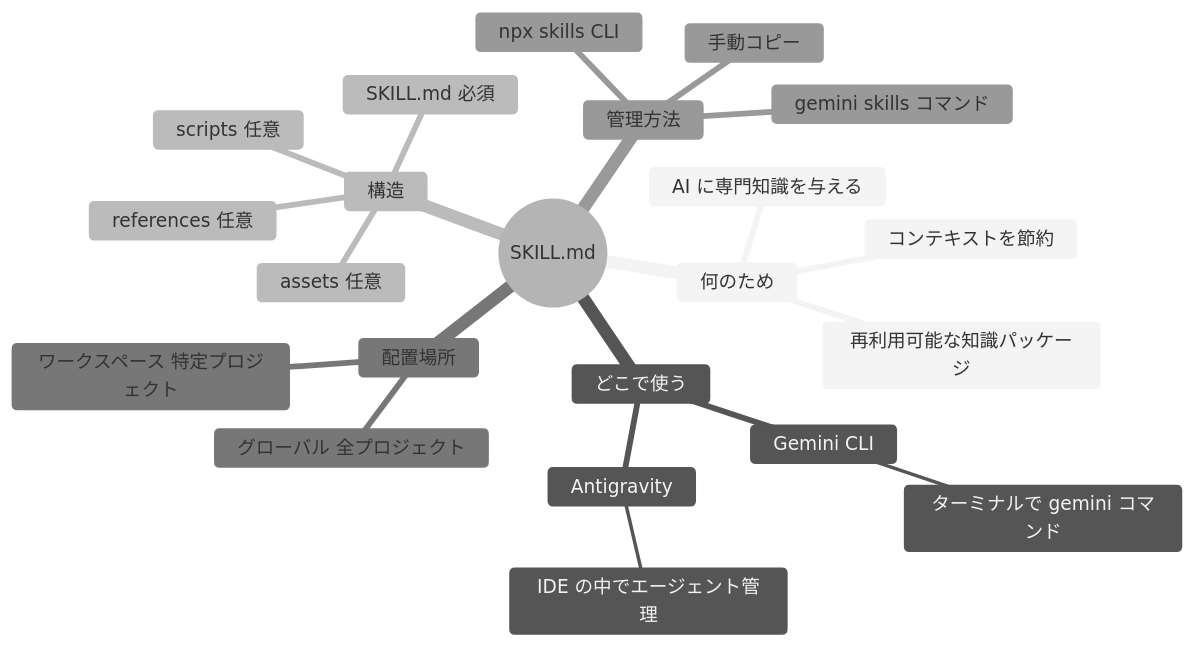
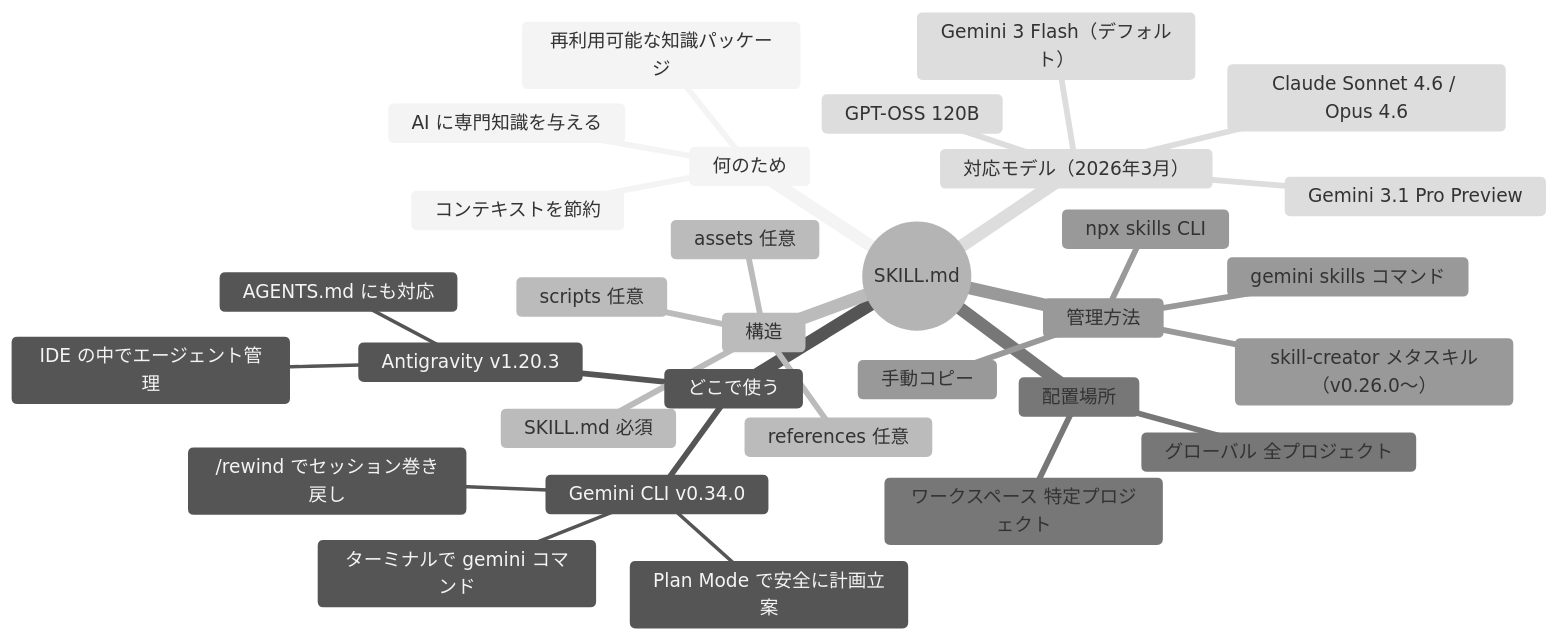
One commit to myoshi2891/Comparison-of-LLMs changed diagram 12 of 14 in gemini/skill-guide-for-gemini.md. Above: the diagram before and after it, drawn with Mermaid (neutral theme). The commit also changed other lines of this file and 14 other files, not shown here.

Commit message:
docs: update Claude and Gemini skill guides for March 2026 update (v2.1.76/v1.20.3/v0.34.0)

````diff
--- a/gemini/skill-guide-for-gemini.md
+++ b/gemini/skill-guide-for-gemini.md
@@ -633,25 +670,34 @@
 ```mermaid
 mindmap
   root((SKILL.md))
     何のため
       AI に専門知識を与える
       コンテキストを節約
       再利用可能な知識パッケージ
     どこで使う
-      Gemini CLI
+      Gemini CLI v0.34.0
         ターミナルで gemini コマンド
-      Antigravity
+        Plan Mode で安全に計画立案
+        /rewind でセッション巻き戻し
+      Antigravity v1.20.3
         IDE の中でエージェント管理
+        AGENTS.md にも対応
     構造
       SKILL.md 必須
       scripts 任意
       references 任意
       assets 任意
     配置場所
       グローバル 全プロジェクト
       ワークスペース 特定プロジェクト
     管理方法
       gemini skills コマンド
       npx skills CLI
+      skill-creator メタスキル（v0.26.0〜）
       手動コピー
+    対応モデル（2026年3月）
+      Gemini 3.1 Pro Preview
+      Gemini 3 Flash（デフォルト）
+      Claude Sonnet 4.6 / Opus 4.6
+      GPT-OSS 120B
 ```
````
